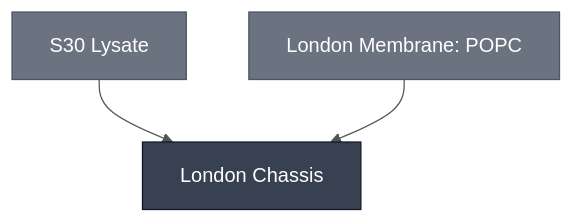
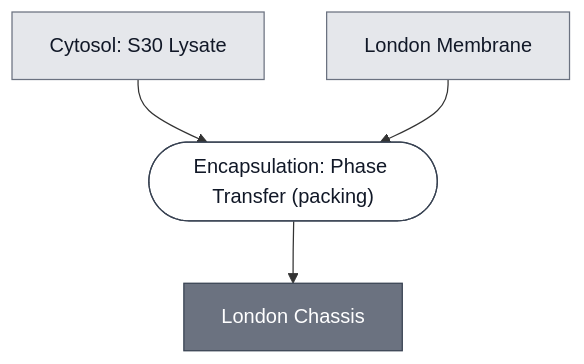
Before and after one commit to nucleus-eng/nucleus-docs: the diagram in docs/modules/london-chassis/spec.md, drawn with Mermaid. The commit also changed 5 other files, not shown here.

First line of the commit message:
Give the three London modules composition sources

````diff
--- a/docs/modules/london-chassis/spec.md
+++ b/docs/modules/london-chassis/spec.md
@@ -23,19 +23,25 @@
 ```mermaid
-%%{init: {'theme': 'base', 'themeVariables': {'lineColor': '#555555', 'edgeLabelBackground': '#ffffff'}}}%%
 flowchart TD
+    S30_LYSATE["Cytosol: S30 Lysate"]
+    MEMBRANE_POPC["London Membrane"]
+
+    P1_ENCAPSULATE_0(["Encapsulation: Phase Transfer (packing)"])
     LONDON_CHASSIS["London Chassis"]
-    MEMBRANE_POPC["London Membrane: POPC"]
-    S30_LYSATE["S30 Lysate"]
 
-    S30_LYSATE --> LONDON_CHASSIS
-    MEMBRANE_POPC --> LONDON_CHASSIS
+    S30_LYSATE --> P1_ENCAPSULATE_0
+    MEMBRANE_POPC --> P1_ENCAPSULATE_0
+    P1_ENCAPSULATE_0 --> LONDON_CHASSIS
 
-    classDef constituent fill:#6B7280,color:#ffffff,stroke:#4B5563;
-    classDef this fill:#374151,color:#ffffff,stroke:#111827;
-    class MEMBRANE_POPC,S30_LYSATE constituent;
-    class LONDON_CHASSIS this;
 
+    classDef leaf     fill:#e5e7eb,stroke:#6b7280,color:#111827;
+    classDef composed fill:#6b7280,stroke:#374151,color:#ffffff;
+    classDef process  fill:#ffffff,stroke:#374151,color:#111827;
+    class S30_LYSATE,MEMBRANE_POPC leaf;
+    class LONDON_CHASSIS composed;
+    class P1_ENCAPSULATE_0 process;
+
+    click S30_LYSATE "/docs/modules/s30-lysate/spec"
+    click MEMBRANE_POPC "/docs/modules/membrane-popc/spec"
+    click P1_ENCAPSULATE_0 "/docs/processes/assemble-base-cell/main"
     click LONDON_CHASSIS "/docs/modules/london-chassis/spec"
-    click MEMBRANE_POPC "/docs/modules/membrane-popc/spec"
-    click S30_LYSATE "/docs/modules/s30-lysate/spec"
 ```
````
